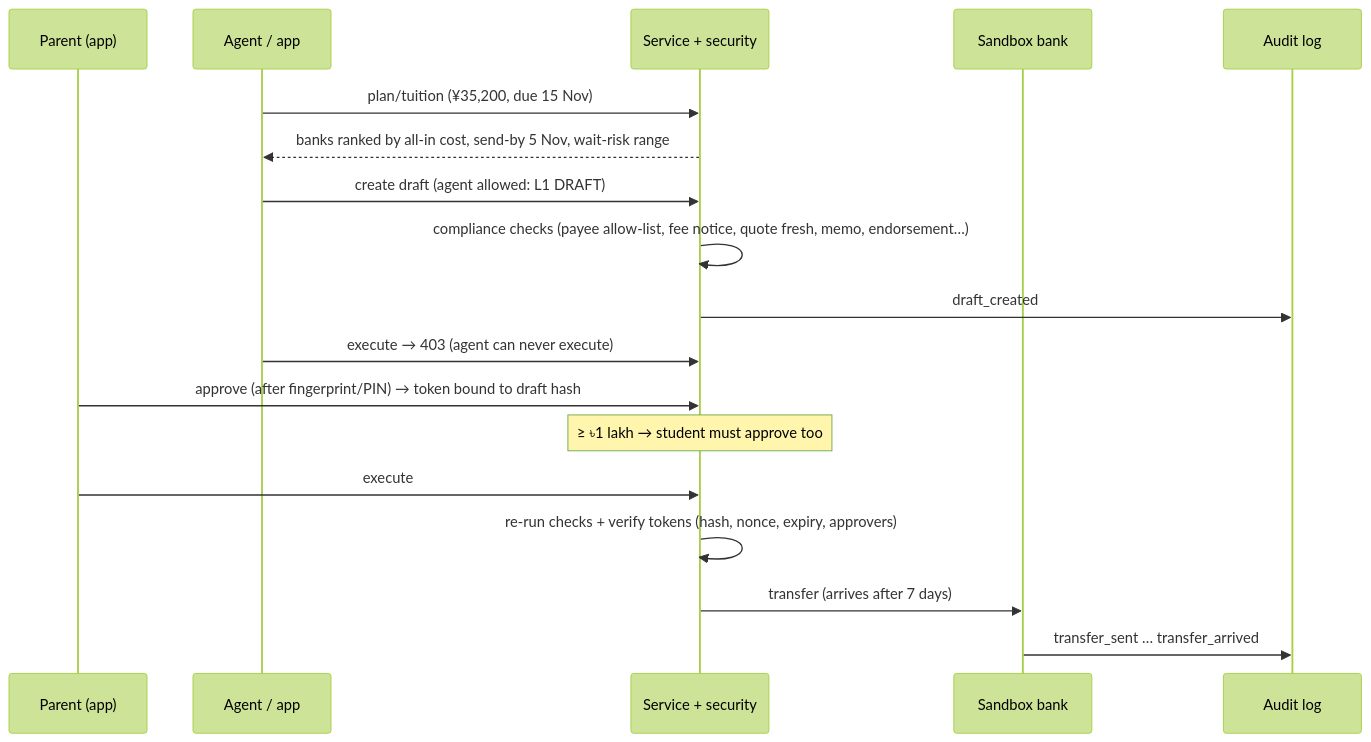
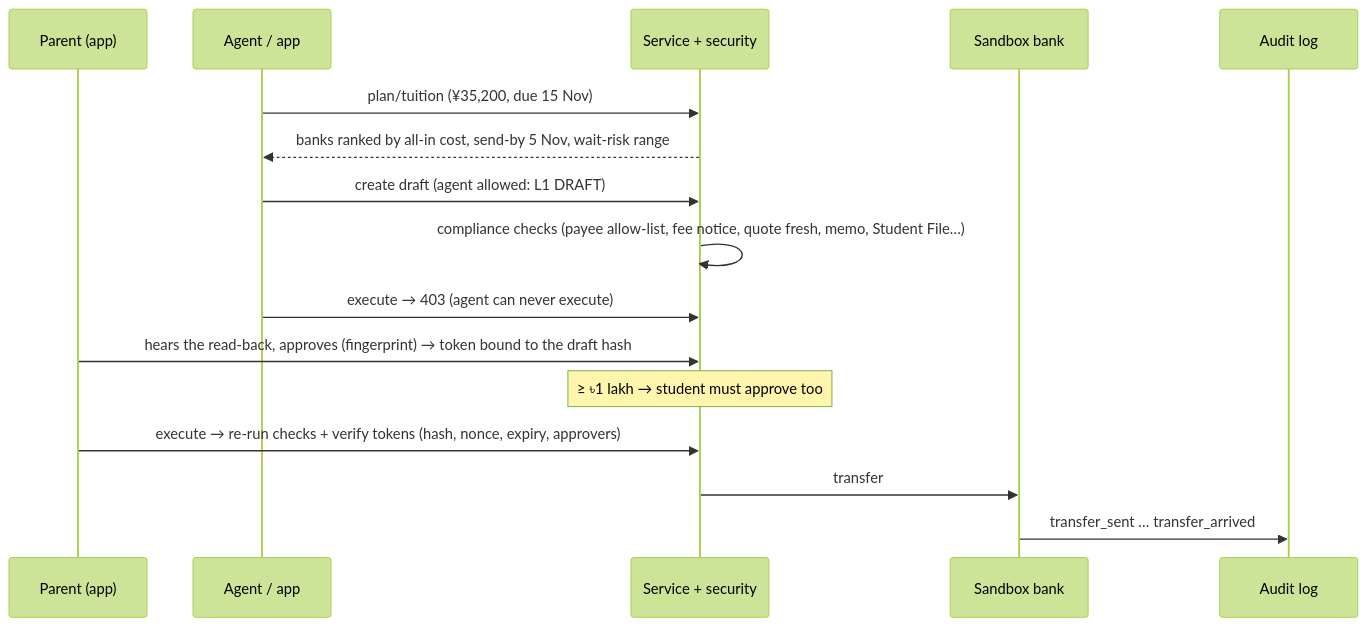
One commit to Tasrif-Ahmed-Mohsin/finbuddy changed the third of 3 diagrams in docs/TECHNICAL_DOCUMENTATION.md. Above: the diagram before and after it, drawn with Mermaid (forest theme). The commit also changed other lines of this file and 4 other files, not shown here.

````diff
--- a/docs/TECHNICAL_DOCUMENTATION.md
+++ b/docs/TECHNICAL_DOCUMENTATION.md
@@ -71,20 +119,17 @@
 ```mermaid
 sequenceDiagram
   participant P as Parent (app)
   participant A as Agent / app
   participant S as Service + security
   participant B as Sandbox bank
   participant L as Audit log
   A->>S: plan/tuition (¥35,200, due 15 Nov)
   S-->>A: banks ranked by all-in cost, send-by 5 Nov, wait-risk range
   A->>S: create draft (agent allowed: L1 DRAFT)
-  S->>S: compliance checks (payee allow-list, fee notice, quote fresh, memo, endorsement…)
-  S->>L: draft_created
+  S->>S: compliance checks (payee allow-list, fee notice, quote fresh, memo, Student File…)
   A->>S: execute → 403 (agent can never execute)
-  P->>S: approve (after fingerprint/PIN) → token bound to draft hash
+  P->>S: hears the read-back, approves (fingerprint) → token bound to the draft hash
   Note over S: ≥ ৳1 lakh → student must approve too
-  P->>S: execute
-  S->>S: re-run checks + verify tokens (hash, nonce, expiry, approvers)
-  S->>B: transfer (arrives after 7 days)
-  B->>L: transfer_sent … transfer_arrived
+  P->>S: execute → re-run checks + verify tokens (hash, nonce, expiry, approvers)
+  S->>B: transfer; B->>L: transfer_sent … transfer_arrived
 ```
````
